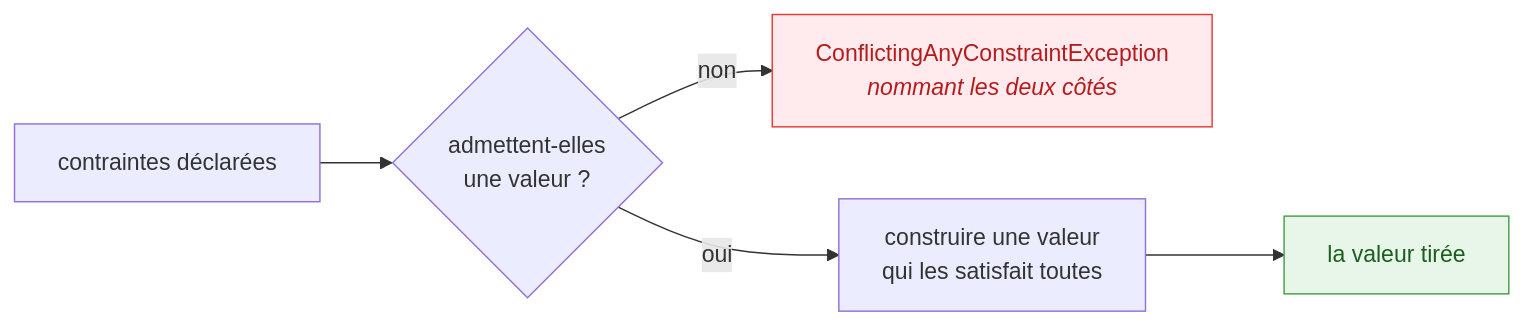
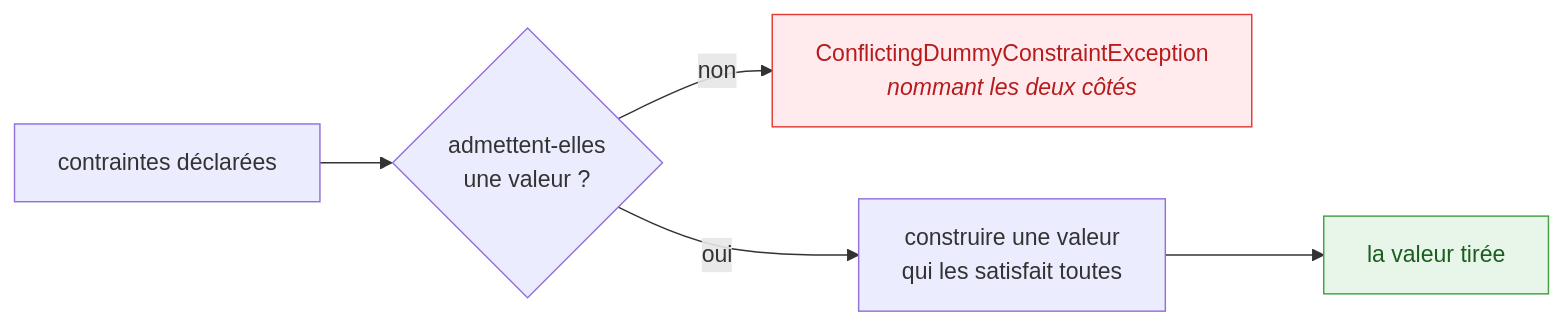
Before and after one commit to Reefact/just-dummies: the second of 2 diagrams in doc/handwritten/for-users/guides/core-concepts.fr.md, drawn with Mermaid. The commit also changed other lines of this file and 755 other files, not shown here.

````diff
--- a/doc/handwritten/for-users/guides/core-concepts.fr.md
+++ b/doc/handwritten/for-users/guides/core-concepts.fr.md
@@ -178,11 +178,11 @@
 ```mermaid
 flowchart LR
     accTitle: Les valeurs sont construites pour satisfaire les contraintes, jamais filtrées
-    accDescr: On demande aux contraintes déclarées si elles admettent une valeur. Sinon, une ConflictingAnyConstraintException nomme les deux côtés. Si oui, une valeur qui les satisfait toutes est construite, et c'est la valeur tirée.
+    accDescr: On demande aux contraintes déclarées si elles admettent une valeur. Sinon, une ConflictingDummyConstraintException nomme les deux côtés. Si oui, une valeur qui les satisfait toutes est construite, et c'est la valeur tirée.
     D["contraintes déclarées"] --> C{"admettent-elles<br/>une valeur ?"}
-    C -->|non| X["ConflictingAnyConstraintException<br/><i>nommant les deux côtés</i>"]
+    C -->|non| X["ConflictingDummyConstraintException<br/><i>nommant les deux côtés</i>"]
     C -->|oui| B["construire une valeur<br/>qui les satisfait toutes"]
     B --> V["la valeur tirée"]
     style X fill:#ffebee,stroke:#e53935,color:#b71c1c
     style V fill:#e8f5e9,stroke:#43a047,color:#1b5e20
 ```
````
